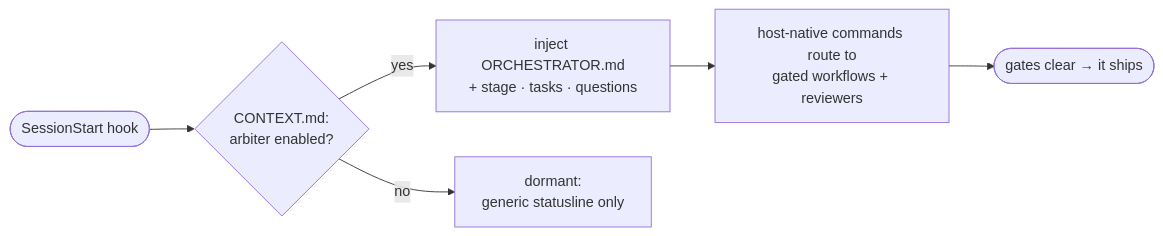
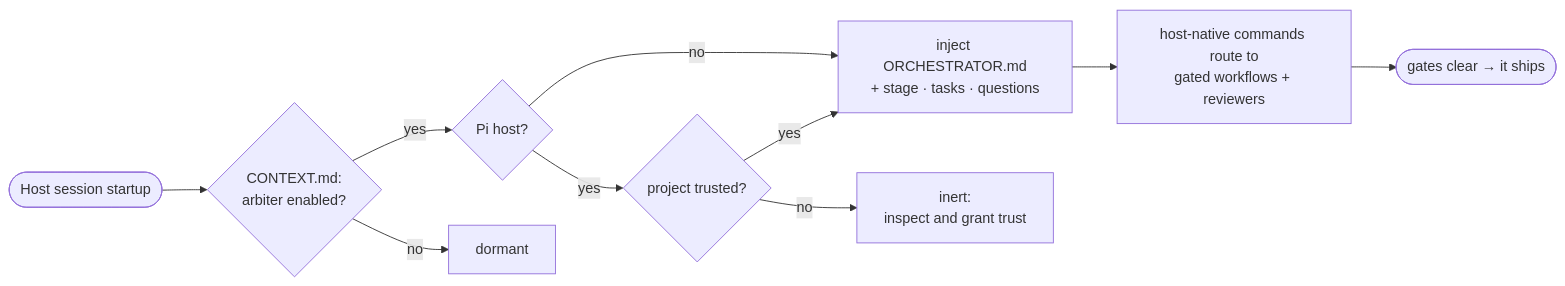
Before and after one commit to arbiterForge/codeArbiter: the diagram in README.md, drawn with Mermaid. The commit also changed other lines of this file and 440 other files, not shown here.

````diff
--- a/README.md
+++ b/README.md
@@ -155,8 +183,12 @@
 ```mermaid
 flowchart LR
-    A(["SessionStart hook"]) --> B{"CONTEXT.md:<br/>arbiter enabled?"}
-    B -->|yes| C["inject ORCHESTRATOR.md<br/>+ stage · tasks · questions"]
-    B -->|no| D["dormant:<br/>generic statusline only"]
+    A(["Host session startup"]) --> B{"CONTEXT.md:<br/>arbiter enabled?"}
+    B -->|yes| P{"Pi host?"}
+    B -->|no| D["dormant"]
+    P -->|no| C["inject ORCHESTRATOR.md<br/>+ stage · tasks · questions"]
+    P -->|yes| T{"project trusted?"}
+    T -->|yes| C
+    T -->|no| U["inert:<br/>inspect and grant trust"]
     C --> E["host-native commands route to<br/>gated workflows + reviewers"]
     E --> F(["gates clear → it ships"])
 ```
````
